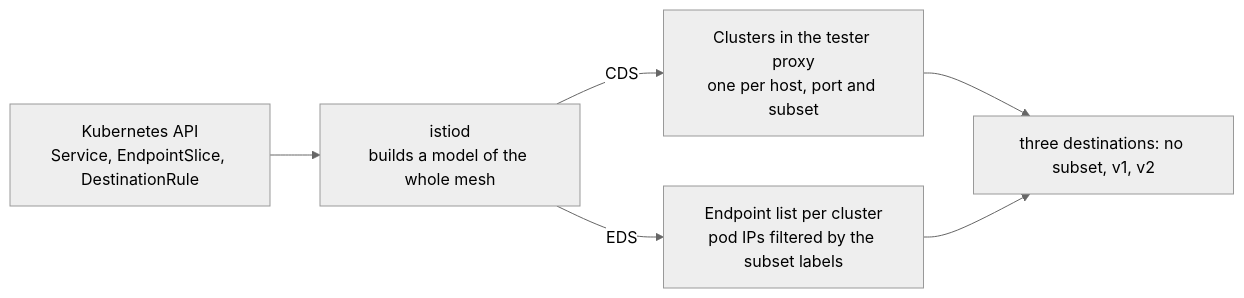
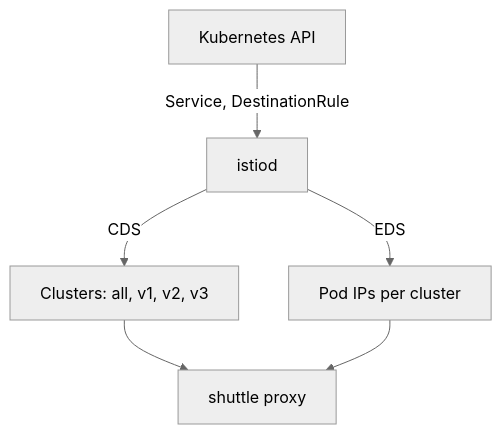
Before and after one commit to astrona-io/ATS014: the second of 2 diagrams in sections/section-010/module-01/course-01-subsets-and-destination-vocabulary.md, drawn with Mermaid (neutral theme). The commit also changed other lines of this file and 444 other files, not shown here.

````diff
--- a/sections/section-010/module-01/course-01-subsets-and-destination-vocabulary.md
+++ b/sections/section-010/module-01/course-01-subsets-and-destination-vocabulary.md
@@ -57,8 +77,8 @@
 ```mermaid
-flowchart LR
-    K["Kubernetes API<br/>Service, EndpointSlice, DestinationRule"] --> I["istiod<br/>builds a model of the whole mesh"]
-    I -->|"CDS"| C["Clusters in the tester proxy<br/>one per host, port and subset"]
-    I -->|"EDS"| E["Endpoint list per cluster<br/>pod IPs filtered by the subset labels"]
-    C --> U["three destinations: no subset, v1, v2"]
-    E --> U
+flowchart TB
+    K["Kubernetes API"] -->|"Service, DestinationRule"| I["istiod"]
+    I -->|"CDS"| C["Clusters: all, v1, v2, v3"]
+    I -->|"EDS"| E["Pod IPs per cluster"]
+    C --> P["shuttle proxy"]
+    E --> P
 ```
````
